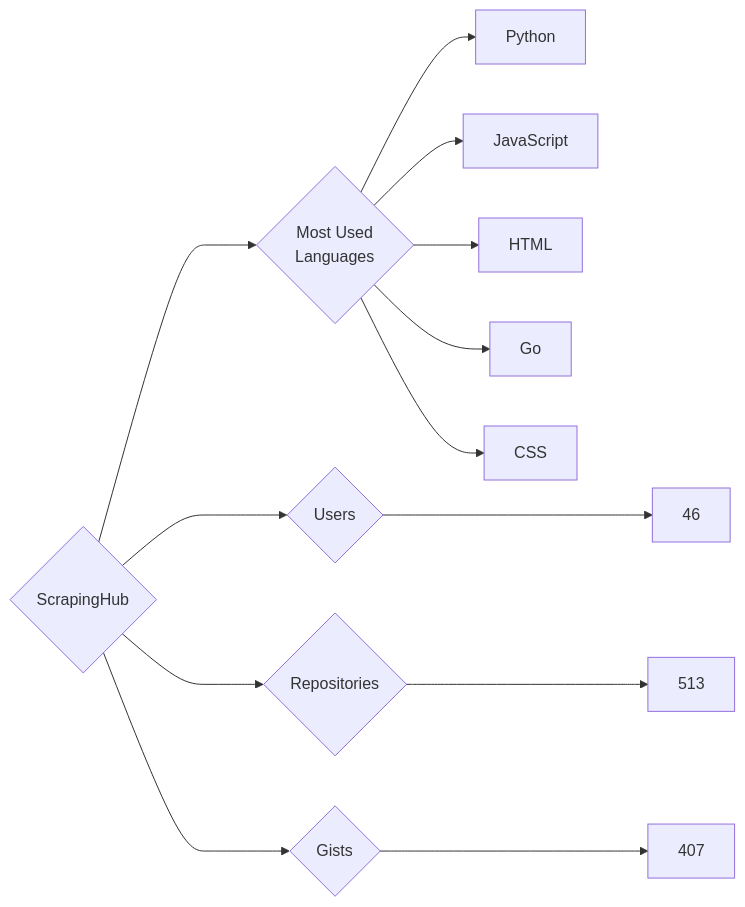
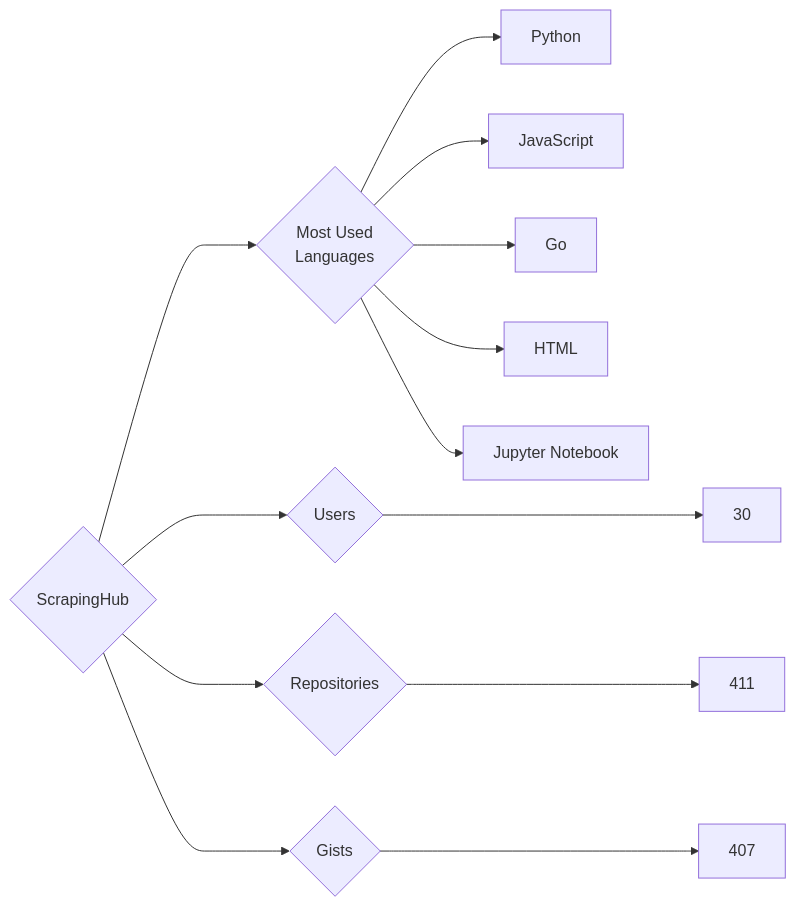
One commit to trickest/insiders changed the diagram in targets/ScrapingHub/README.md. Above: the diagram before and after it, drawn with Mermaid. The commit also changed 895 other files, not shown here.

````diff
--- a/targets/ScrapingHub/README.md
+++ b/targets/ScrapingHub/README.md
@@ -3,13 +3,13 @@
 ```mermaid
 graph LR
 COMPANY_NAME{ScrapingHub}
-COMPANY_NAME ---> U{Users} ---> UN[46]
-COMPANY_NAME ---> R{Repositories} ---> RN[513]
+COMPANY_NAME ---> U{Users} ---> UN[30]
+COMPANY_NAME ---> R{Repositories} ---> RN[411]
 COMPANY_NAME ---> G{Gists} ---> GN[407]
 COMPANY_NAME ---> ML{Most Used<br>Languages}
 ML --> Python[Python]
 ML --> JavaScript[JavaScript]
+ML --> Go[Go]
 ML --> HTML[HTML]
-ML --> Go[Go]
-ML --> CSS[CSS]
+ML --> Jupyter_Notebook[Jupyter Notebook]
 ```
````
